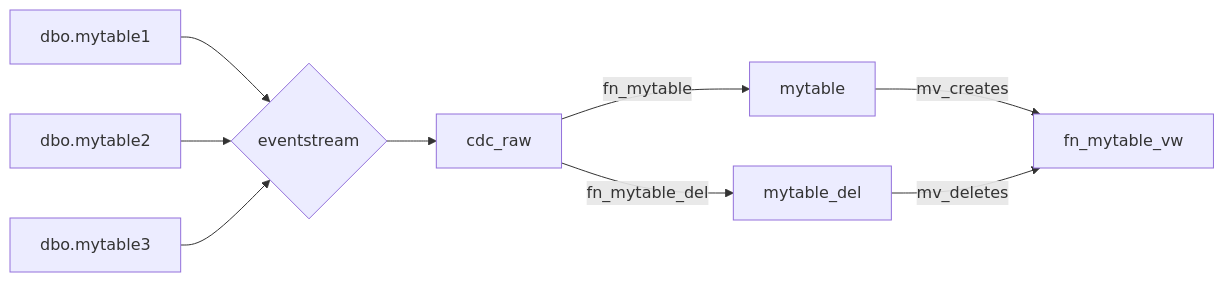
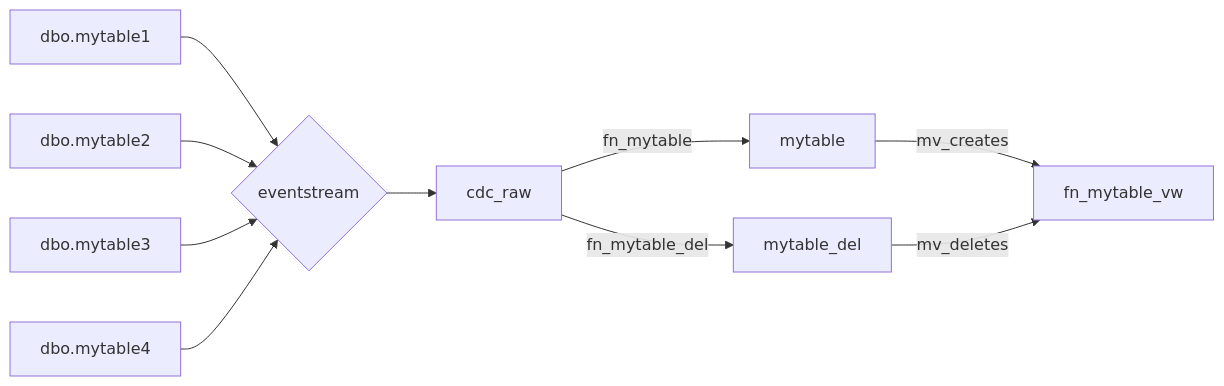
Before and after one commit to hfleitas/bigtuna: the diagram in README.md, drawn with Mermaid.

````diff
--- a/README.md
+++ b/README.md
@@ -9,11 +9,12 @@
 ```mermaid
 graph LR
    dbo.mytable1-->es
    dbo.mytable2-->es
    dbo.mytable3-->es
+   dbo.mytable4-->es
    es{eventstream}-->cdc_raw
    cdc_raw-->|fn_mytable | mytable
    cdc_raw-->|fn_mytable_del | mytable_del
    mytable -->|mv_creates | fn_mytable_vw
    mytable_del -->|mv_deletes | fn_mytable_vw
 ```
````
